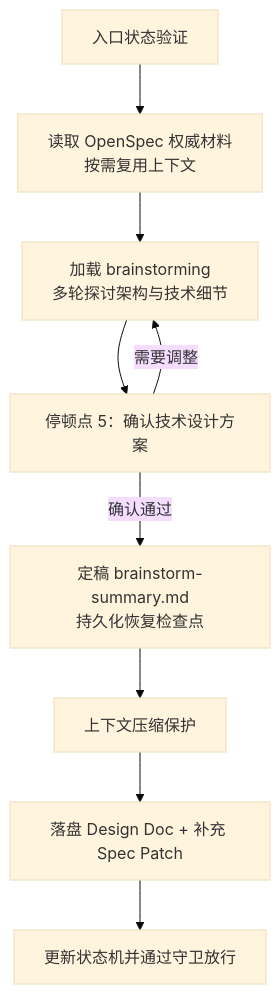
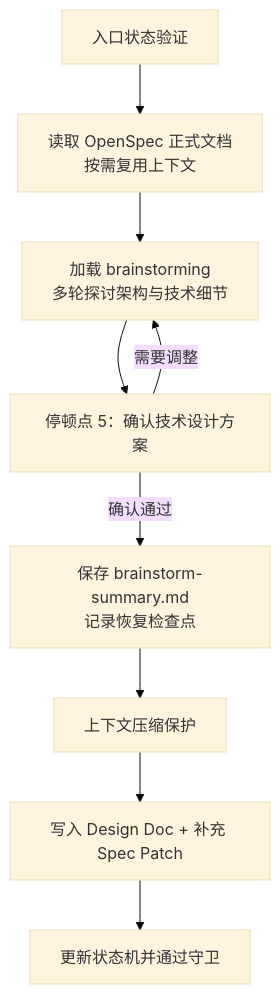
The diagram in zh/phases/design.mdx (rpamis/comet-website-docs), drawn with Mermaid (base theme) before and after one commit. The commit also changed other lines of this file and 102 other files, not shown here.

````diff
--- a/zh/phases/design.mdx
+++ b/zh/phases/design.mdx
@@ -37,11 +37,11 @@
 ```mermaid
 flowchart TD
-    Entry["入口状态验证"] --> S1a["读取 OpenSpec 权威材料<br/>按需复用上下文"]
+    Entry["入口状态验证"] --> S1a["读取 OpenSpec 正式文档<br/>按需复用上下文"]
     S1a --> S1b["加载 brainstorming<br/>多轮探讨架构与技术细节"]
     S1b --> S1c["停顿点 5：确认技术设计方案"]
     S1c -->|需要调整| S1b
-    S1c -->|确认通过| S1d["定稿 brainstorm-summary.md<br/>持久化恢复检查点"]
+    S1c -->|确认通过| S1d["保存 brainstorm-summary.md<br/>记录恢复检查点"]
     S1d --> S1e["上下文压缩保护"]
-    S1e --> S2["落盘 Design Doc + 补充 Spec Patch"]
-    S2 --> S3["更新状态机并通过守卫放行"]
+    S1e --> S2["写入 Design Doc + 补充 Spec Patch"]
+    S2 --> S3["更新状态机并通过守卫"]
 ```
````
